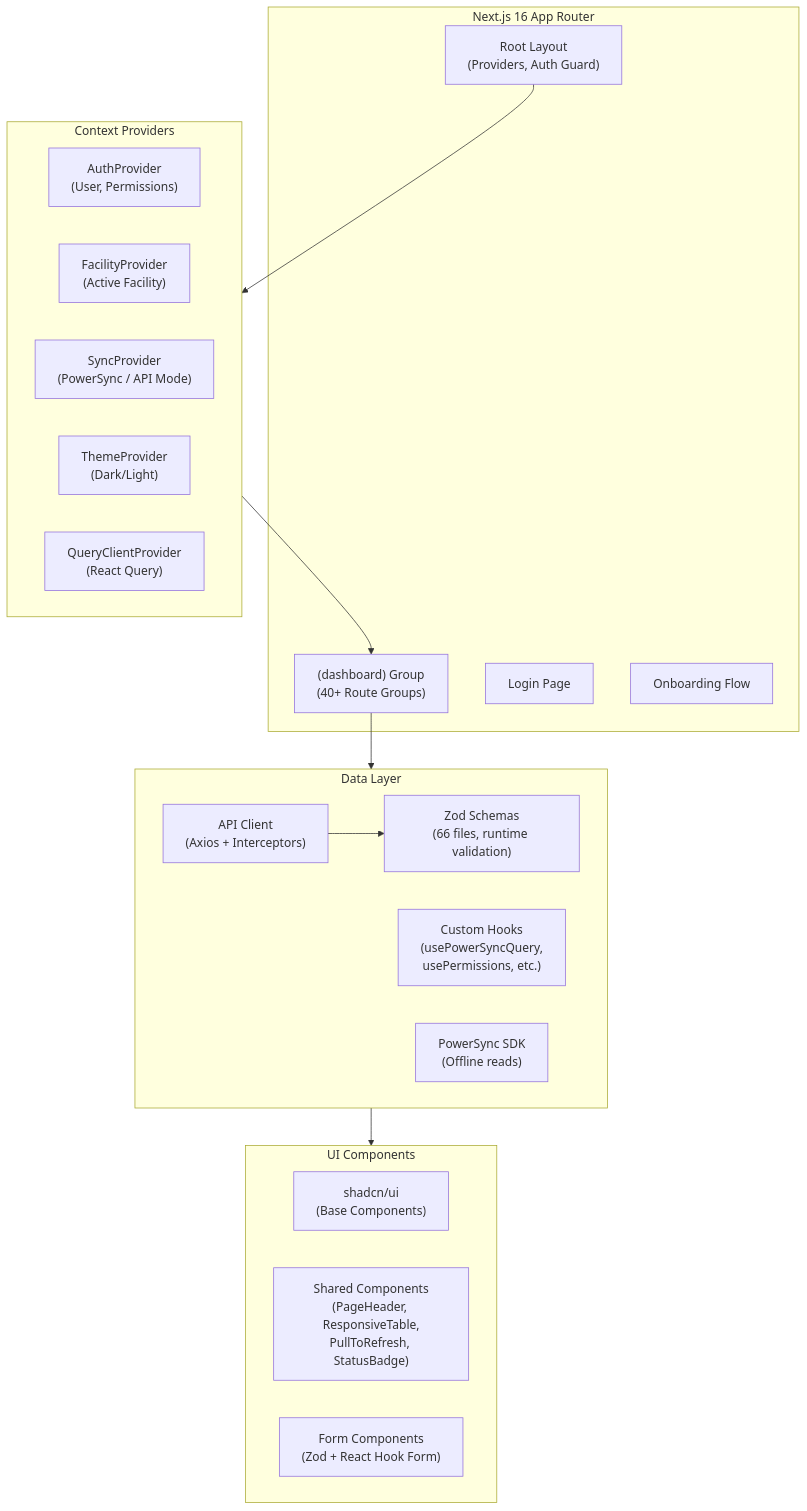
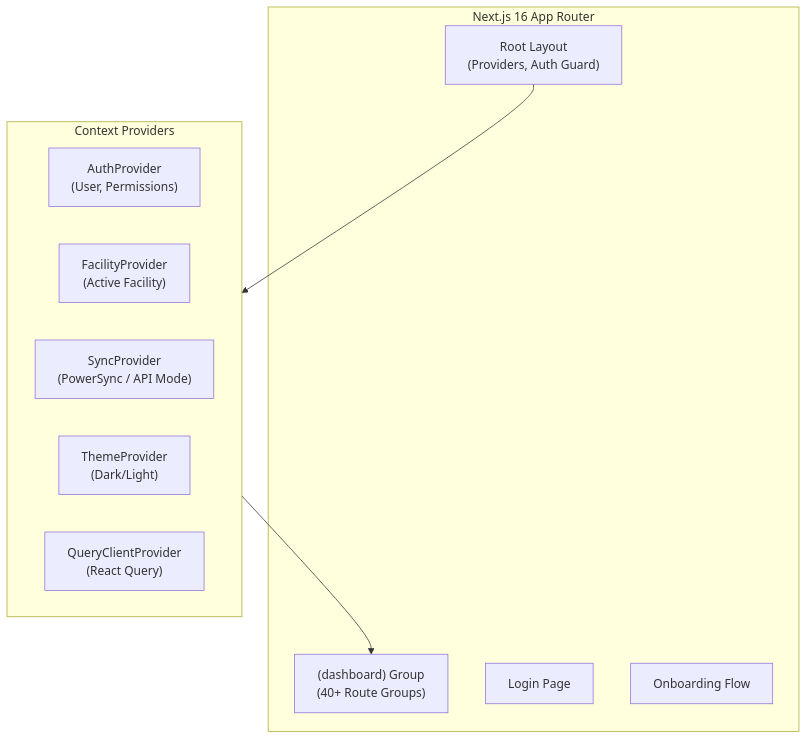
One commit to nexora-africa-ltd/vitora changed diagram 16 of 20 in docs/architecture-diagrams.md. Above: the diagram before and after it, drawn with Mermaid. The commit also changed other lines of this file and 1 other file, not shown here.

First line of the commit message:
feat(infra): provision web Front Door and update architecture

````diff
--- a/docs/architecture-diagrams.md
+++ b/docs/architecture-diagrams.md
@@ -523,36 +550,20 @@
 ```mermaid
 graph TB
     subgraph NextJS["Next.js 16 App Router"]
         LAYOUT["Root Layout<br/>(Providers, Auth Guard)"]
         DASH["(dashboard) Group<br/>(40+ Route Groups)"]
         LOGIN_PAGE["Login Page"]
         ONBOARD["Onboarding Flow"]
     end
 
     subgraph Providers["Context Providers"]
         AUTH_CTX["AuthProvider<br/>(User, Permissions)"]
         FAC_CTX["FacilityProvider<br/>(Active Facility)"]
         SYNC_CTX["SyncProvider<br/>(PowerSync / API Mode)"]
         THEME["ThemeProvider<br/>(Dark/Light)"]
         QUERY["QueryClientProvider<br/>(React Query)"]
     end
 
-    subgraph DataLayer["Data Layer"]
-        API_CLIENT["API Client<br/>(Axios + Interceptors)"]
-        ZOD["Zod Schemas<br/>(66 files, runtime validation)"]
-        HOOKS["Custom Hooks<br/>(usePowerSyncQuery,<br/>usePermissions, etc.)"]
-        POWERSYNC_SDK["PowerSync SDK<br/>(Offline reads)"]
-    end
-
-    subgraph UI["UI Components"]
-        SHADCN["shadcn/ui<br/>(Base Components)"]
-        SHARED["Shared Components<br/>(PageHeader, ResponsiveTable,<br/>PullToRefresh, StatusBadge)"]
-        FORMS["Form Components<br/>(Zod + React Hook Form)"]
-    end
-
     LAYOUT --> Providers
     Providers --> DASH
-    DASH --> DataLayer
-    DataLayer --> UI
-    API_CLIENT --> ZOD
 ```
````
